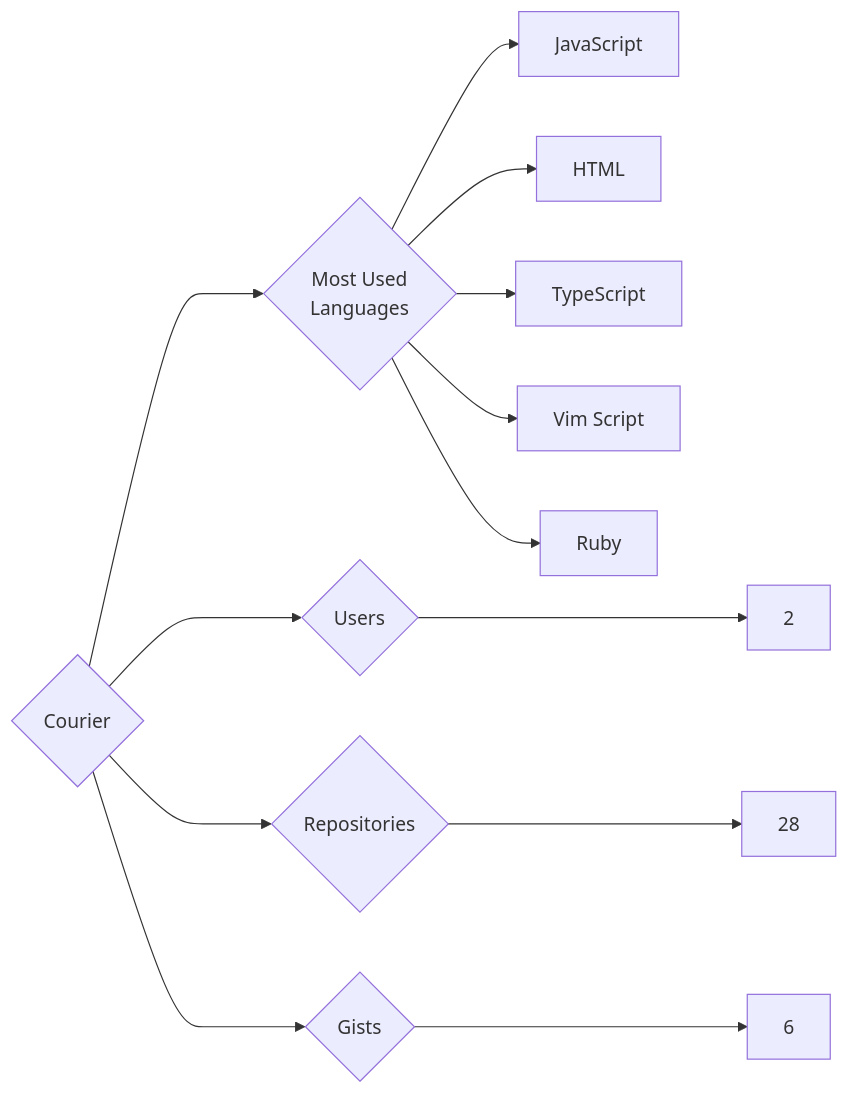
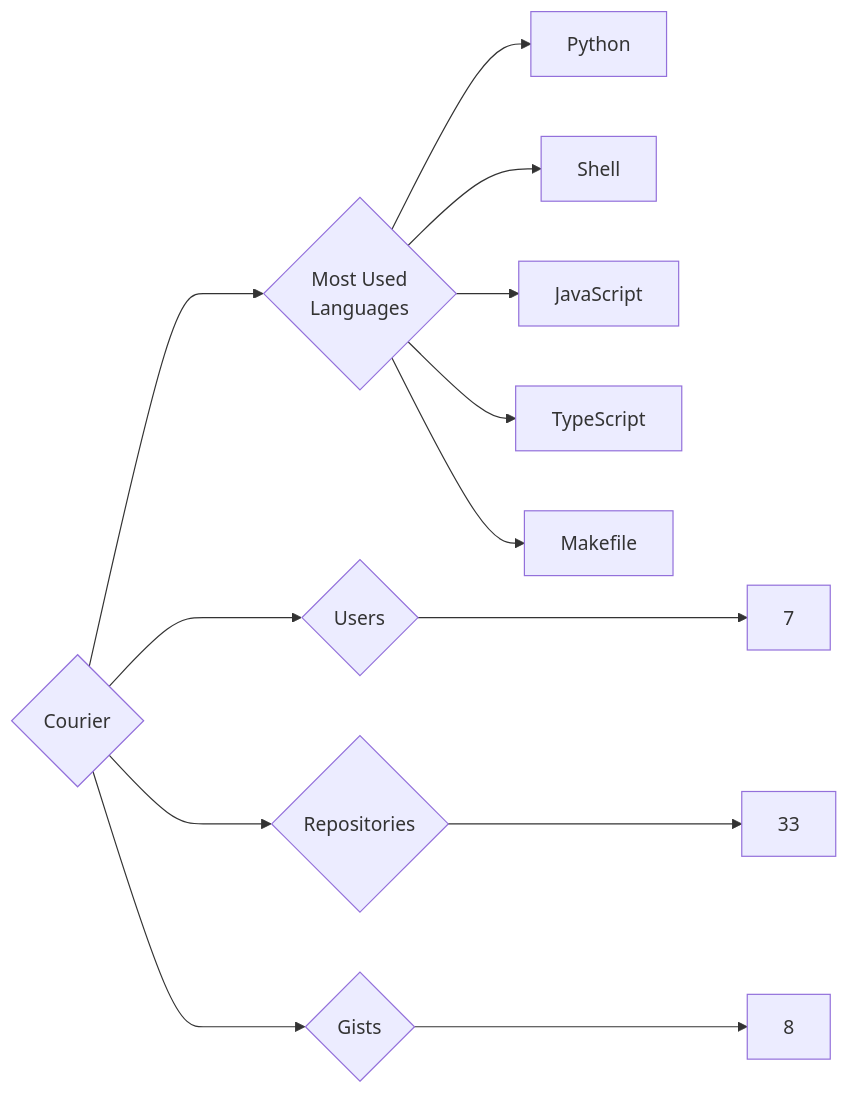
One commit to trickest/insiders changed the diagram in targets/Courier/README.md. Above: the diagram before and after it, drawn with Mermaid. The commit also changed 1175 other files, not shown here.

````diff
--- a/targets/Courier/README.md
+++ b/targets/Courier/README.md
@@ -3,13 +3,13 @@
 ```mermaid
 graph LR
 COMPANY_NAME{Courier}
-COMPANY_NAME ---> U{Users} ---> UN[2]
-COMPANY_NAME ---> R{Repositories} ---> RN[28]
-COMPANY_NAME ---> G{Gists} ---> GN[6]
+COMPANY_NAME ---> U{Users} ---> UN[7]
+COMPANY_NAME ---> R{Repositories} ---> RN[33]
+COMPANY_NAME ---> G{Gists} ---> GN[8]
 COMPANY_NAME ---> ML{Most Used<br>Languages}
+ML --> Python[Python]
+ML --> Shell[Shell]
 ML --> JavaScript[JavaScript]
-ML --> HTML[HTML]
 ML --> TypeScript[TypeScript]
-ML --> Vim_Script[Vim Script]
-ML --> Ruby[Ruby]
+ML --> Makefile[Makefile]
 ```
````
